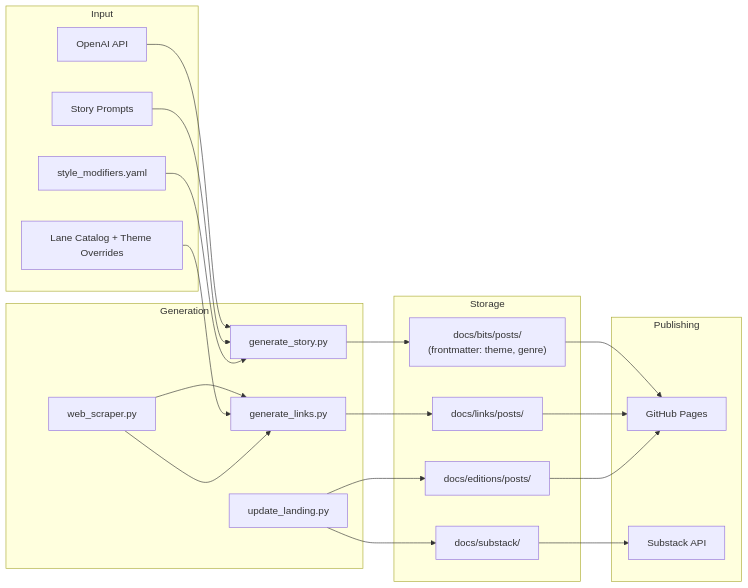
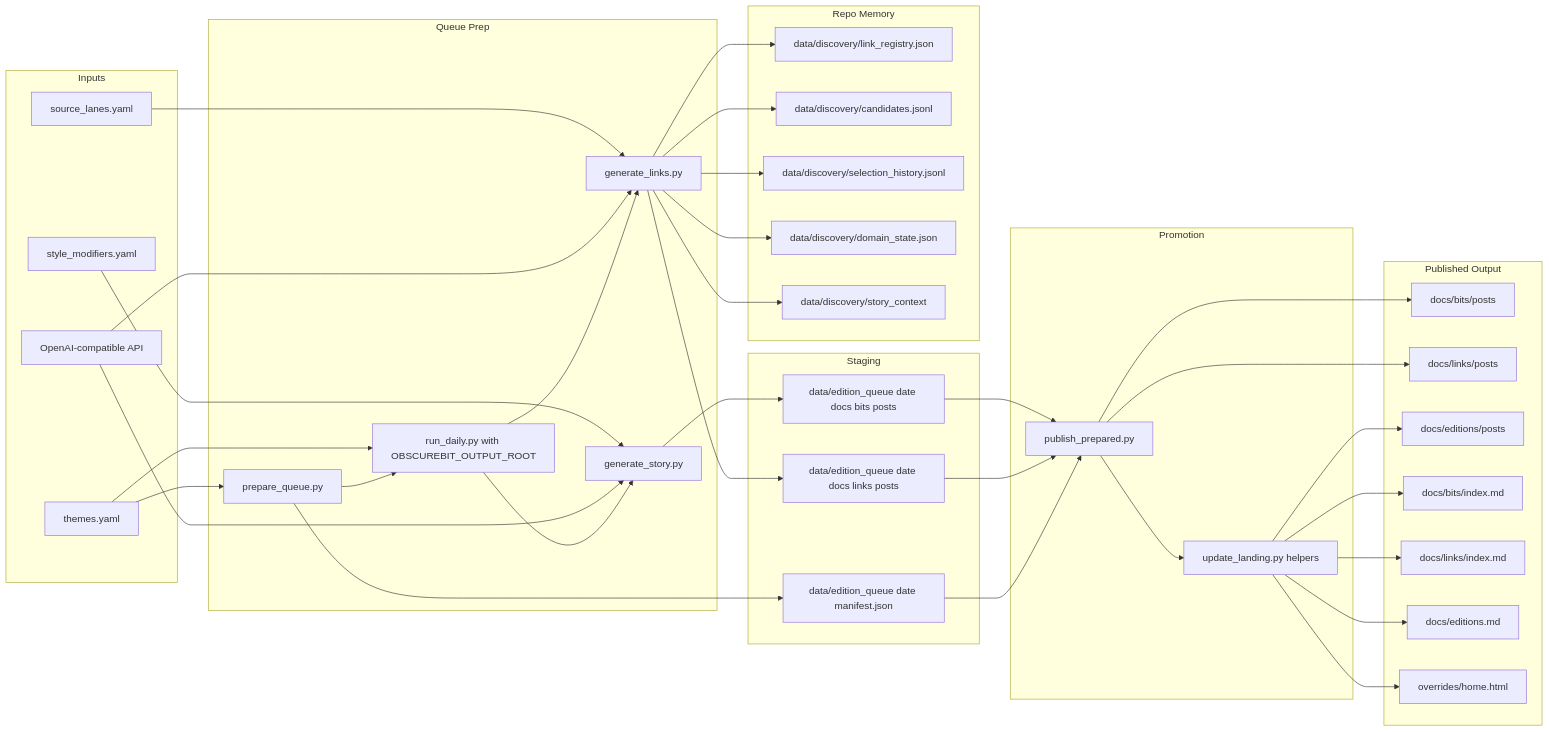
Before and after one commit to obscurebit/bits: the second of 5 diagrams in SYSTEM_DESIGN.md, drawn with Mermaid. The commit also changed other lines of this file and 2 other files, not shown here.

Commit message:
Refresh docs for queue-first publishing flow

````diff
--- a/SYSTEM_DESIGN.md
+++ b/SYSTEM_DESIGN.md
@@ -49,44 +64,74 @@
 ```mermaid
 flowchart LR
-    subgraph "Input"
-        A1[OpenAI API]
-        A2[Story Prompts]
-        A3[Lane Catalog + Theme Overrides]
-        SM[style_modifiers.yaml]
+    subgraph "Inputs"
+        A1[themes.yaml]
+        A2[source_lanes.yaml]
+        A3[style_modifiers.yaml]
+        A4[OpenAI-compatible API]
     end
-    
-    subgraph "Generation"
-        B1[generate_story.py]
-        B2[generate_links.py]
-        B3[update_landing.py]
-        WS[web_scraper.py]
+
+    subgraph "Queue Prep"
+        B1[prepare_queue.py]
+        B2[run_daily.py with OBSCUREBIT_OUTPUT_ROOT]
+        B3[generate_links.py]
+        B4[generate_story.py]
     end
-    
-    WS --> B2
-    
-    subgraph "Storage"
-        C1["docs/bits/posts/<br/>(frontmatter: theme, genre)"]
-        C2[docs/links/posts/]
-        C3[docs/editions/posts/]
-        C4[docs/substack/]
+
+    subgraph "Staging"
+        C1[data/edition_queue date docs bits posts]
+        C2[data/edition_queue date docs links posts]
+        C3[data/edition_queue date manifest.json]
     end
-    
-    subgraph "Publishing"
-        D1[GitHub Pages]
-        D2[Substack API]
+
+    subgraph "Promotion"
+        D1[publish_prepared.py]
+        D2[update_landing.py helpers]
     end
-    
+
+    subgraph "Published Output"
+        E1[docs/bits/posts]
+        E2[docs/links/posts]
+        E3[docs/editions/posts]
+        E4[docs/bits/index.md]
+        E5[docs/links/index.md]
+        E6[docs/editions.md]
+        E7[overrides/home.html]
+    end
+
+    subgraph "Repo Memory"
+        F1[data/discovery/link_registry.json]
+        F2[data/discovery/candidates.jsonl]
+        F3[data/discovery/selection_history.jsonl]
+        F4[data/discovery/domain_state.json]
+        F5[data/discovery/story_context]
+    end
+
     A1 --> B1
-    A2 --> B1
-    SM --> B1
-    A3 --> B2
-    WS --> B2
-    B1 --> C1
-    B2 --> C2
-    B3 --> C3
-    B3 --> C4
+    A1 --> B2
+    A2 --> B3
+    A3 --> B4
+    A4 --> B3
+    A4 --> B4
+    B1 --> B2
+    B2 --> B3
+    B2 --> B4
+    B3 --> C2
+    B4 --> C1
+    B1 --> C3
+    B3 --> F1
+    B3 --> F2
+    B3 --> F3
+    B3 --> F4
+    B3 --> F5
     C1 --> D1
     C2 --> D1
     C3 --> D1
-    C4 --> D2
+    D1 --> D2
+    D1 --> E1
+    D1 --> E2
+    D2 --> E3
+    D2 --> E4
+    D2 --> E5
+    D2 --> E6
+    D2 --> E7
 ```
````
